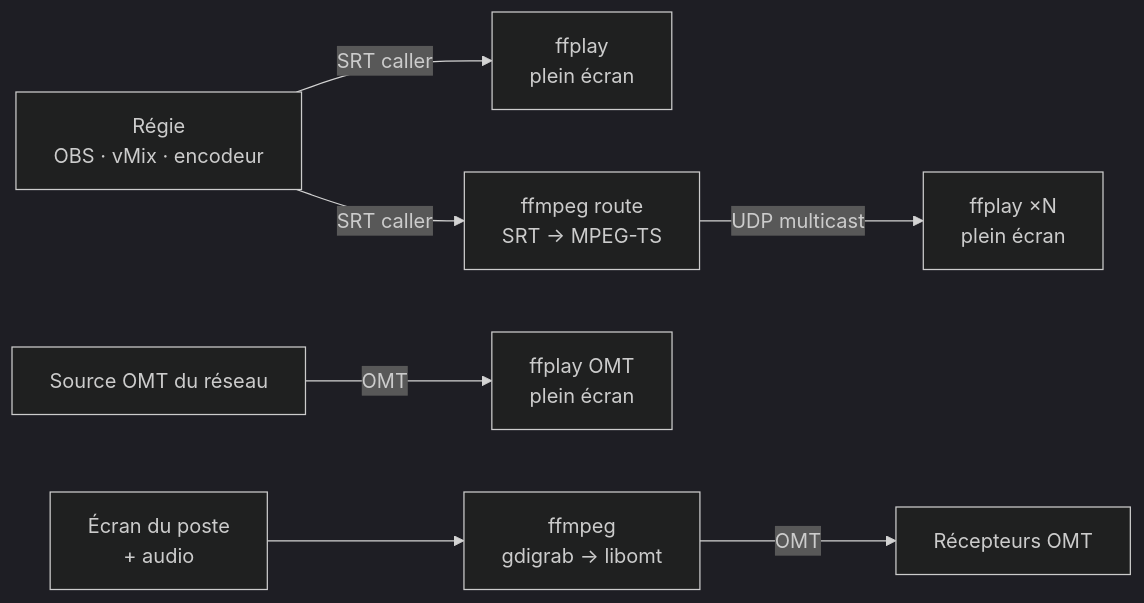
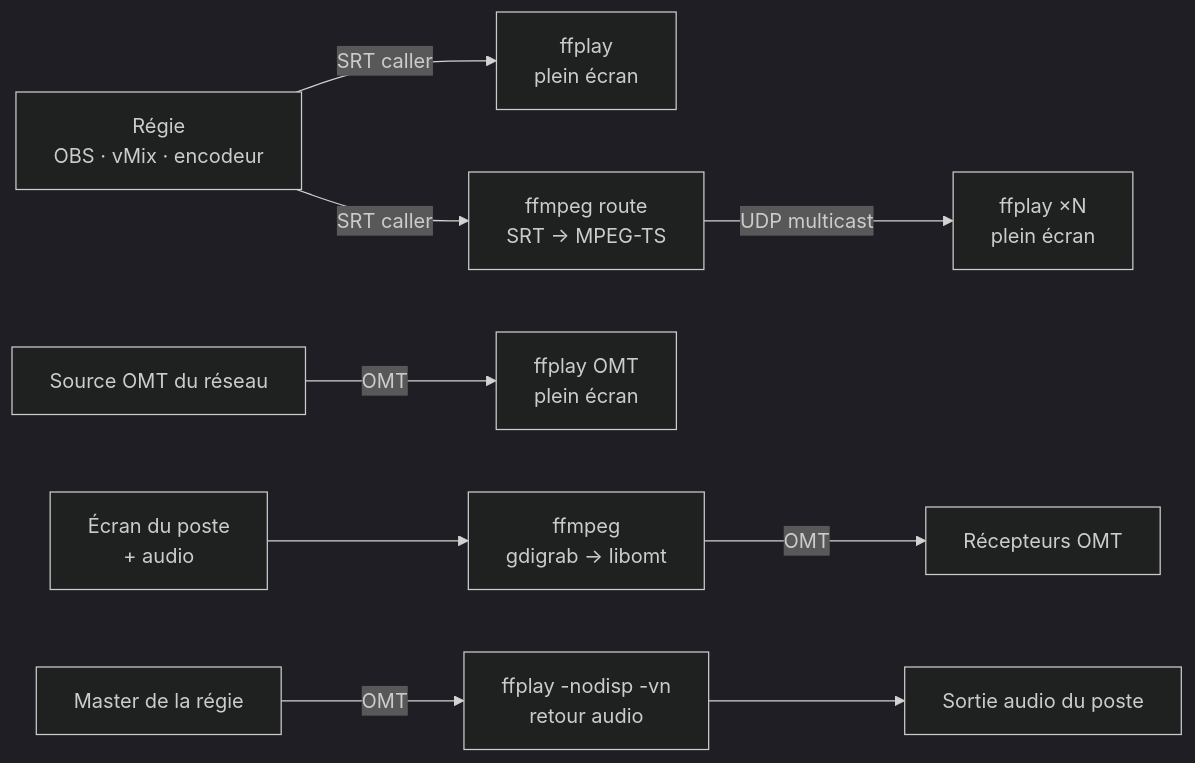
Before and after one commit to lfpoulain/py-multiview: the diagram in docs/fonctionnement.md, drawn with Mermaid (dark theme). The commit also changed other lines of this file and 10 other files, not shown here.

First line of the commit message:
audio OMT : corriger le son haché, ajouter le retour audio du master

````diff
--- a/docs/fonctionnement.md
+++ b/docs/fonctionnement.md
@@ -7,8 +7,9 @@
 ```mermaid
 flowchart LR
     regie["Régie<br/>OBS · vMix · encodeur"] -- "SRT caller" --> ffplay["ffplay<br/>plein écran"]
     regie -- "SRT caller" --> route["ffmpeg route<br/>SRT → MPEG-TS"]
     route -- "UDP multicast" --> ffplay2["ffplay ×N<br/>plein écran"]
     omtsrc["Source OMT du réseau"] -- OMT --> ffplay3["ffplay OMT<br/>plein écran"]
     ecran["Écran du poste<br/>+ audio"] --> sender["ffmpeg<br/>gdigrab → libomt"] -- OMT --> reseau["Récepteurs OMT"]
+    omtmaster["Master de la régie"] -- OMT --> monitor["ffplay -nodisp -vn<br/>retour audio"] --> hp["Sortie audio du poste"]
 ```
````
